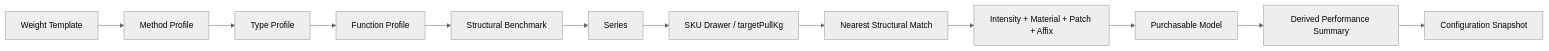
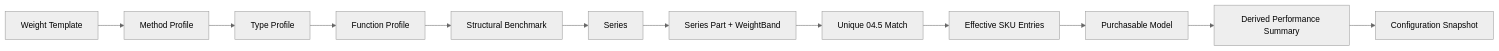
The diagram in docs/spec-v3/01-product-foundations.md (futouyiba/tackle-forger), drawn with Mermaid (neutral theme) before and after one commit. The commit also changed other lines of this file and 18 other files, not shown here.

Commit message:
docs: plan weight-band SKU affix derivation

````diff
--- a/docs/spec-v3/01-product-foundations.md
+++ b/docs/spec-v3/01-product-foundations.md
@@ -37,14 +37,14 @@
 ```mermaid
 flowchart LR
     A["Weight Template"] --> B["Method Profile"]
     B --> C["Type Profile"]
     C --> D["Function Profile"]
     D --> E["Structural Benchmark"]
     E --> F["Series"]
-    F --> G["SKU Drawer / targetPullKg"]
-    G --> H["Nearest Structural Match"]
-    H --> I["Intensity + Material + Patch + Affix"]
+    F --> G["Series Part + WeightBand"]
+    G --> H["Unique 04.5 Match"]
+    H --> I["Effective SKU Entries"]
     I --> J["Purchasable Model"]
     J --> P["Derived Performance Summary"]
     P --> K["Configuration Snapshot"]
 ```
````
